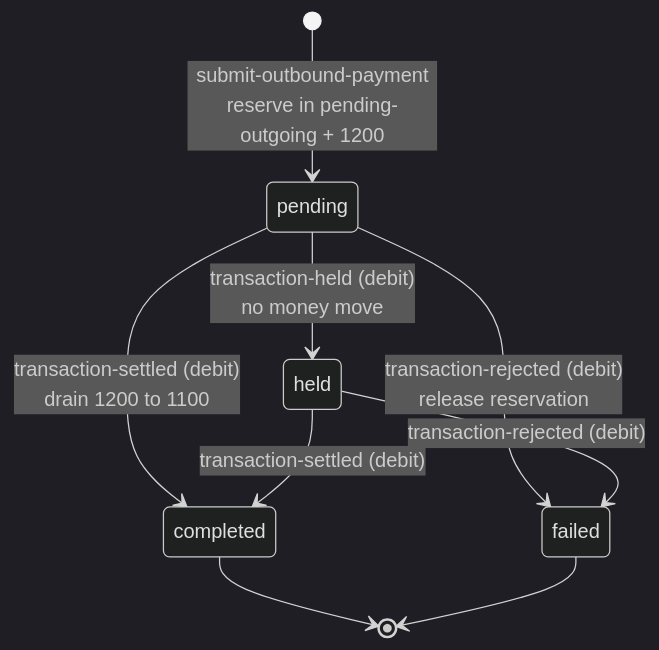
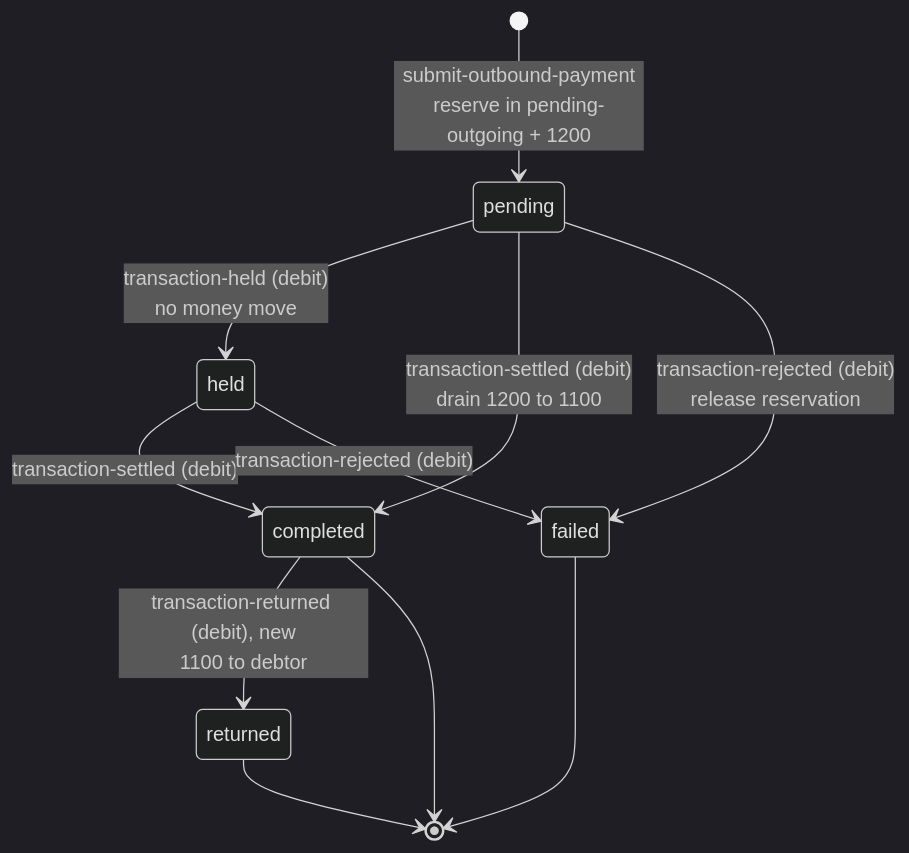
One commit to repldriven/queenswood changed the first of 2 diagrams in docs/tdd/payments.md. Above: the diagram before and after it, drawn with Mermaid (dark theme). The commit also changed other lines of this file and 3 other files, not shown here.

````diff
--- a/docs/tdd/payments.md
+++ b/docs/tdd/payments.md
@@ -184,11 +374,13 @@
 ```mermaid
 stateDiagram-v2
     [*] --> pending: submit-outbound-payment<br/>reserve in pending-outgoing + 1200
     pending --> held: transaction-held (debit)<br/>no money move
     pending --> completed: transaction-settled (debit)<br/>drain 1200 to 1100
     pending --> failed: transaction-rejected (debit)<br/>release reservation
     held --> completed: transaction-settled (debit)
     held --> failed: transaction-rejected (debit)
+    completed --> returned: transaction-returned (debit), new<br/>1100 to debtor
     completed --> [*]
     failed --> [*]
+    returned --> [*]
 ```
````
